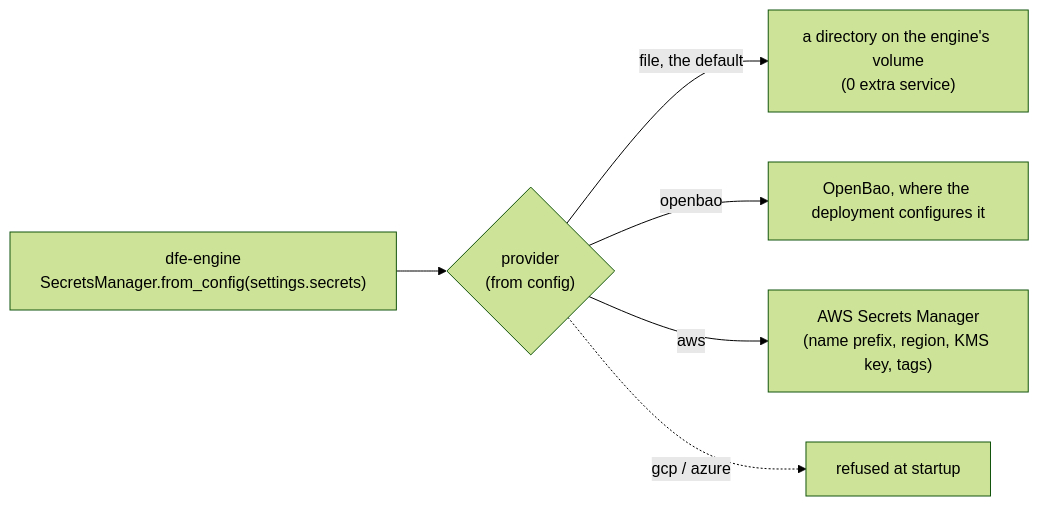
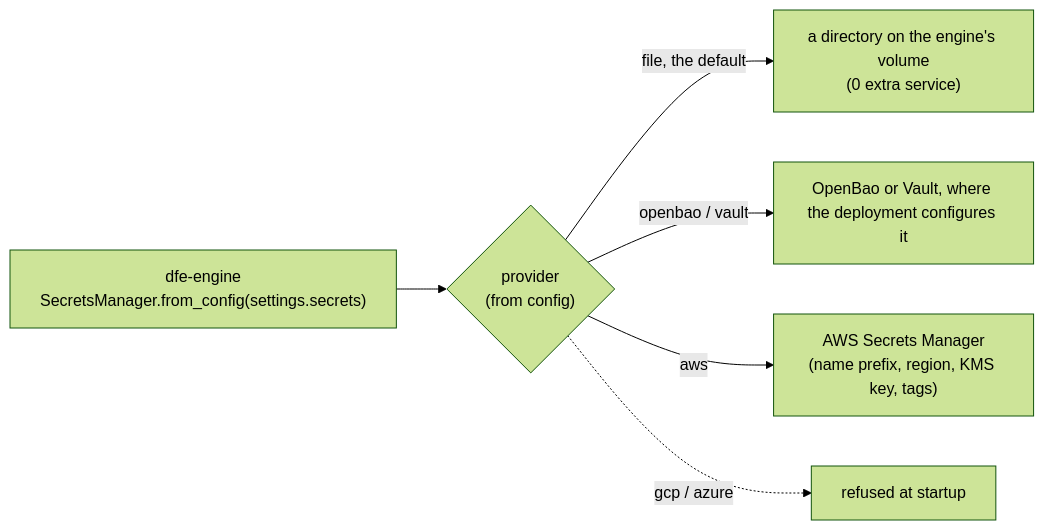
The third of 4 diagrams in docs/deployment/backing-services.md (hyperi-io/dfe-engine), drawn with Mermaid (forest theme) before and after one commit. The commit also changed other lines of this file and 27 other files, not shown here.

````diff
--- a/docs/deployment/backing-services.md
+++ b/docs/deployment/backing-services.md
@@ -115,8 +98,8 @@
 ```mermaid
 flowchart LR
     E["dfe-engine<br/>SecretsManager.from_config(settings.secrets)"] --> P{"provider<br/>(from config)"}
     P -->|file, the default| F["a directory on the engine's volume<br/>(0 extra service)"]
-    P -->|openbao| O["OpenBao, where the deployment configures it"]
+    P -->|openbao / vault| O["OpenBao or Vault, where the deployment configures it"]
     P -->|aws| AWS["AWS Secrets Manager<br/>(name prefix, region, KMS key, tags)"]
     P -.->|gcp / azure| NO["refused at startup"]
 ```
````
